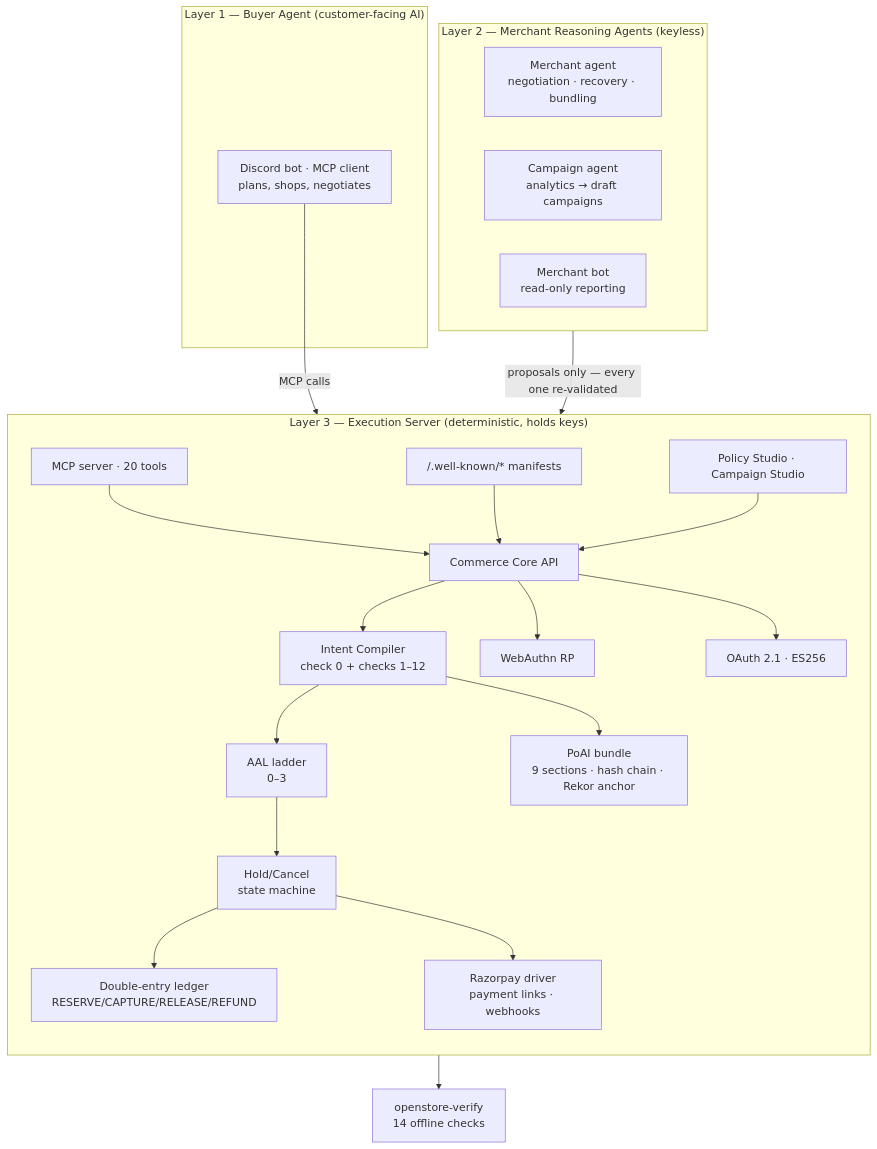
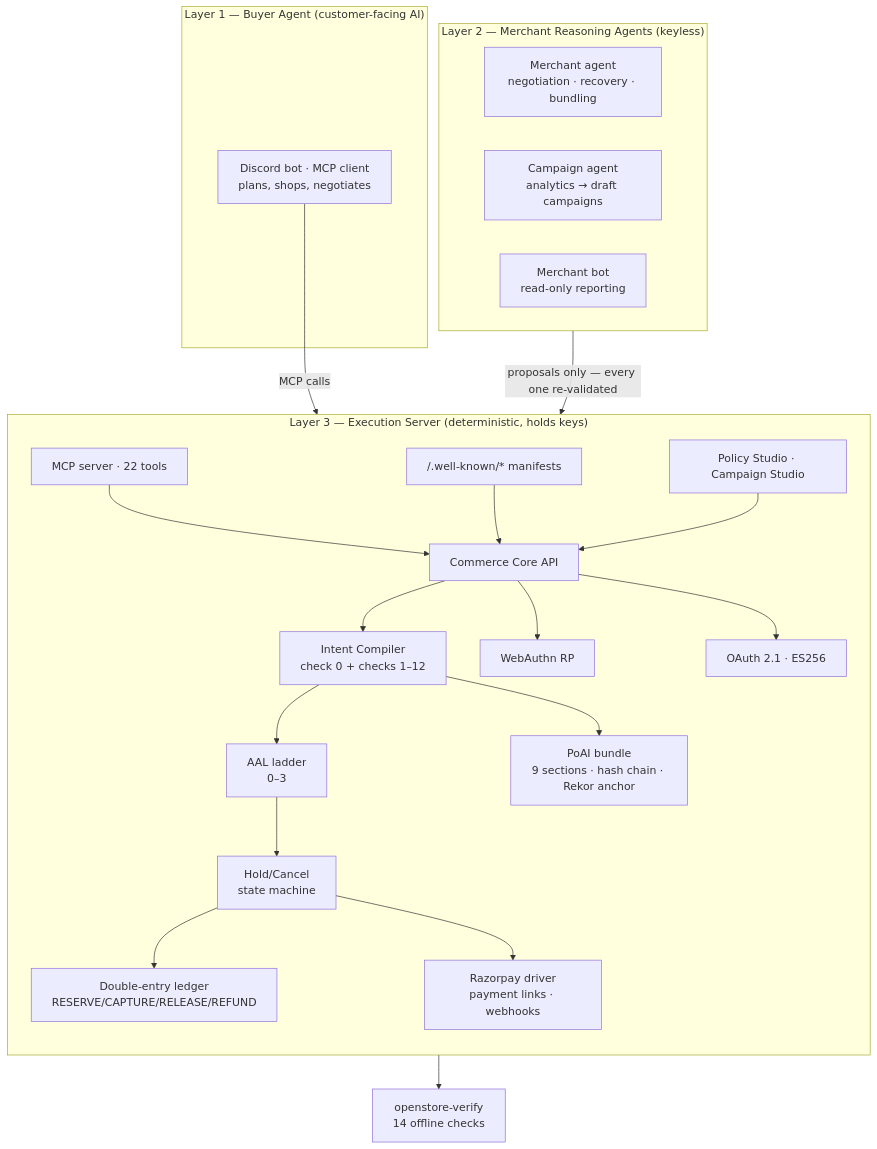
Before and after one commit to ApxllxCartxr/OpenStore: the first of 2 diagrams in README.md, drawn with Mermaid. The commit also changed other lines of this file and 9 other files, not shown here.

````diff
--- a/README.md
+++ b/README.md
@@ -156,31 +156,31 @@
 ```mermaid
 flowchart TB
     subgraph L1["Layer 1 — Buyer Agent (customer-facing AI)"]
         Buyer["Discord bot · MCP client<br/>plans, shops, negotiates"]
     end
 
     subgraph L2["Layer 2 — Merchant Reasoning Agents (keyless)"]
         Merchant["Merchant agent<br/>negotiation · recovery · bundling"]
         Campaign["Campaign agent<br/>analytics → draft campaigns"]
         Bot["Merchant bot<br/>read-only reporting"]
     end
 
     subgraph L3["Layer 3 — Execution Server (deterministic, holds keys)"]
         direction TB
-        MCP["MCP server · 20 tools"] --> API["Commerce Core API"]
+        MCP["MCP server · 22 tools"] --> API["Commerce Core API"]
         WK["/.well-known/* manifests"] --> API
         Studio["Policy Studio · Campaign Studio"] --> API
         API --> Compiler["Intent Compiler<br/>check 0 + checks 1–12"]
         Compiler --> AAL["AAL ladder<br/>0–3"]
         AAL --> Hold["Hold/Cancel<br/>state machine"]
         Hold --> Ledger["Double-entry ledger<br/>RESERVE/CAPTURE/RELEASE/REFUND"]
         Hold --> RZ["Razorpay driver<br/>payment links · webhooks"]
         Compiler --> POAI["PoAI bundle<br/>9 sections · hash chain · Rekor anchor"]
         API --> WA["WebAuthn RP"]
         API --> OAuth["OAuth 2.1 · ES256"]
     end
 
     Buyer -->|"MCP calls"| MCP
     L2 -->|"proposals only — every one re-validated"| API
     POAI --> Verify["openstore-verify<br/>14 offline checks"]
 ```
````
